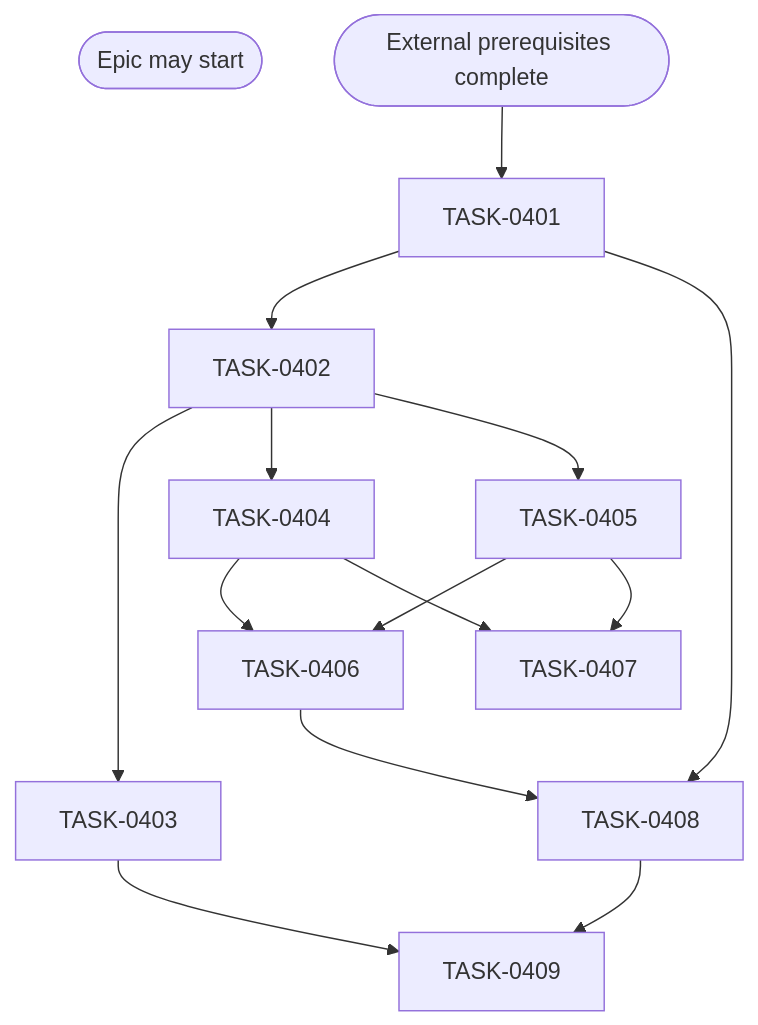
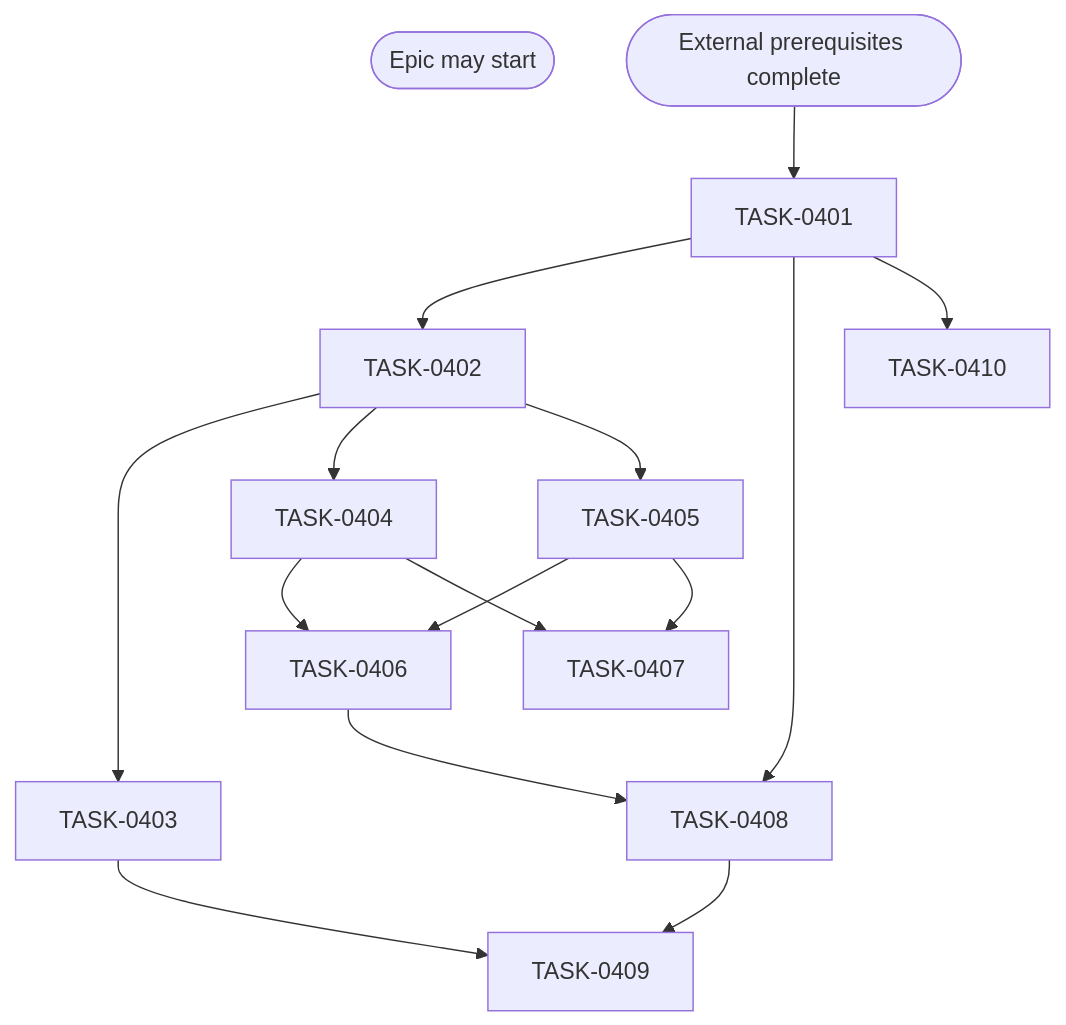
Before and after one commit to MCLifeLeader/System-Uptime-Tracker: the diagram in docs/backlog/epics/EPIC-04.md, drawn with Mermaid. The commit also changed other lines of this file and 49 other files, not shown here.

```diff
--- a/docs/backlog/epics/EPIC-04.md
+++ b/docs/backlog/epics/EPIC-04.md
@@ -27,27 +27,29 @@
 ~~~mermaid
 flowchart TD
   START([Epic may start])
   UPSTREAM([External prerequisites complete])
   TASK_0401[TASK-0401]
   TASK_0402[TASK-0402]
   TASK_0403[TASK-0403]
   TASK_0404[TASK-0404]
   TASK_0405[TASK-0405]
   TASK_0406[TASK-0406]
   TASK_0407[TASK-0407]
   TASK_0408[TASK-0408]
   TASK_0409[TASK-0409]
+  TASK_0410[TASK-0410]
   TASK_0401 --> TASK_0402
   TASK_0401 --> TASK_0408
+  TASK_0401 --> TASK_0410
   TASK_0402 --> TASK_0403
   TASK_0402 --> TASK_0404
   TASK_0402 --> TASK_0405
   TASK_0403 --> TASK_0409
   TASK_0404 --> TASK_0406
   TASK_0404 --> TASK_0407
   TASK_0405 --> TASK_0406
   TASK_0405 --> TASK_0407
   TASK_0406 --> TASK_0408
   TASK_0408 --> TASK_0409
   UPSTREAM --> TASK_0401
 ~~~
```
